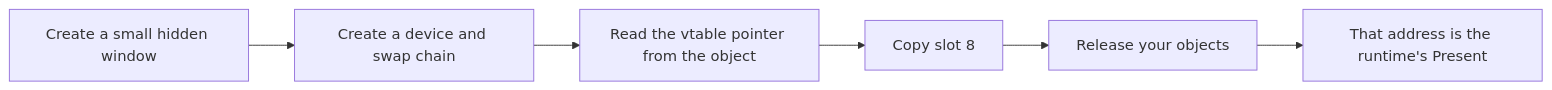
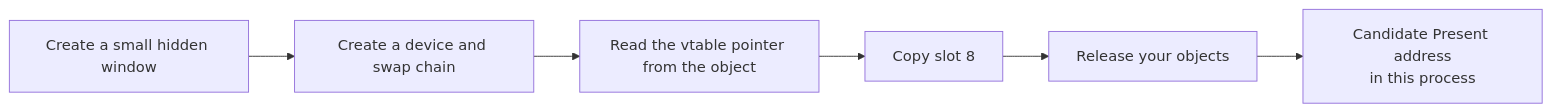
Before and after one commit to MustCodeAl/rust-game-hacking-book: the first of 2 diagrams in site/src/content/docs/pages/5/10.mdx, drawn with Mermaid. The commit also changed other lines of this file and 96 other files, not shown here.

````diff
--- a/site/src/content/docs/pages/5/10.mdx
+++ b/site/src/content/docs/pages/5/10.mdx
@@ -113,8 +123,8 @@
 ```mermaid
 flowchart LR
     A["Create a small hidden window"] --> B["Create a device and swap chain"]
     B --> C["Read the vtable pointer from the object"]
     C --> D["Copy slot 8"]
     D --> E["Release your objects"]
-    E --> F["That address is the runtime's Present"]
+    E --> F["Candidate Present address<br/>in this process"]
 ```
````
